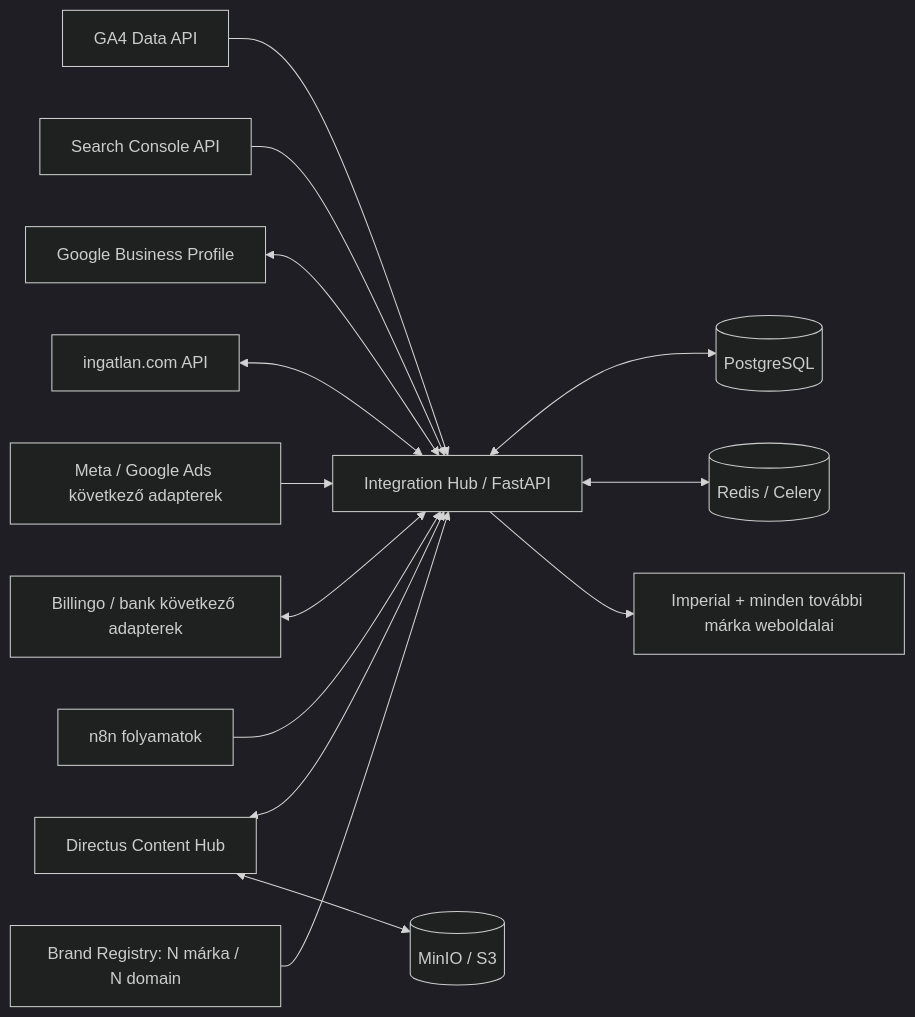
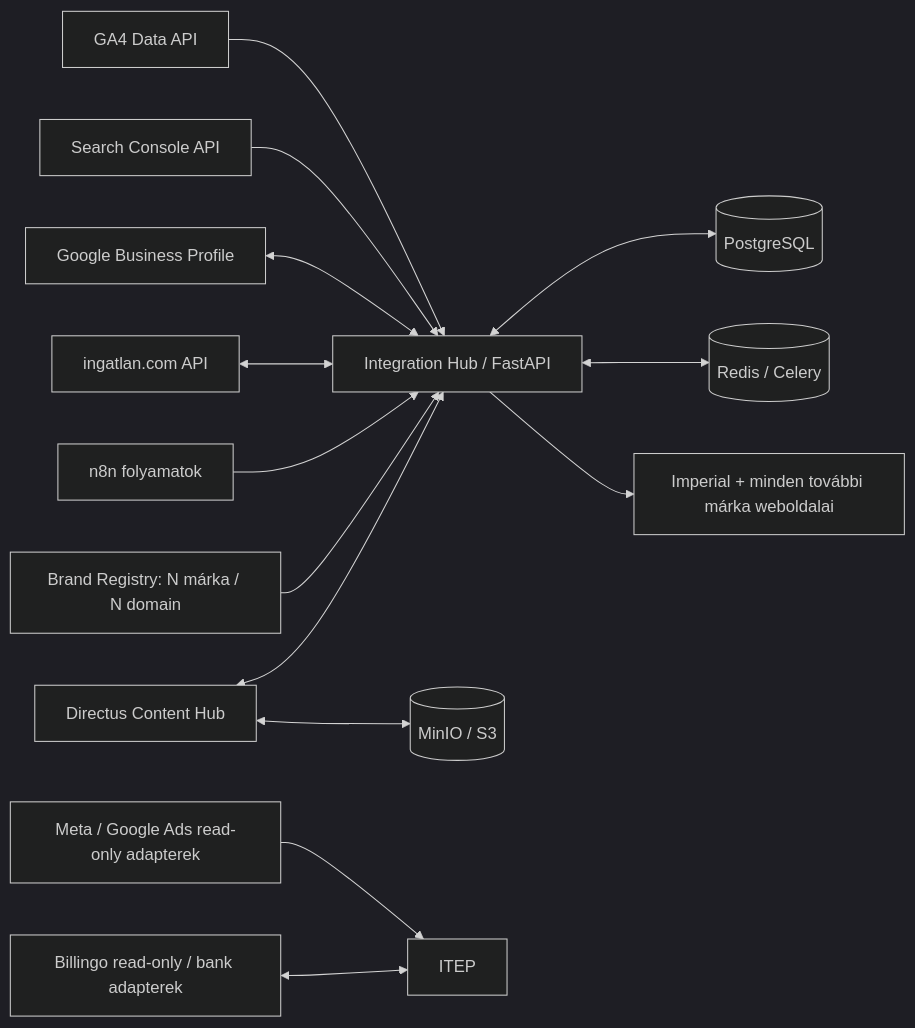
Before and after one commit to rlimperialholding-alt/imperial_web_structure: the first of 2 diagrams in services/operational-guidance/docs/ARCHITECTURE.md, drawn with Mermaid (dark theme). The commit also changed 33 other files, not shown here.

Commit message:
Add read-only Billingo Meta and Google Ads connectors

````diff
--- a/services/operational-guidance/docs/ARCHITECTURE.md
+++ b/services/operational-guidance/docs/ARCHITECTURE.md
@@ -7,17 +7,17 @@
 ```mermaid
 flowchart LR
   GA4[GA4 Data API] --> HUB[Integration Hub / FastAPI]
   GSC[Search Console API] --> HUB
   GBP[Google Business Profile] <--> HUB
   ING[ingatlan.com API] <--> HUB
-  META[Meta / Google Ads következő adapterek] --> HUB
-  BILL[Billingo / bank következő adapterek] <--> HUB
+  META[Meta / Google Ads read-only adapterek] --> ITEP
+  BILL[Billingo read-only / bank adapterek] <--> ITEP
 
   HUB <--> DB[(PostgreSQL)]
   HUB <--> REDIS[(Redis / Celery)]
   CMS[Directus Content Hub] <--> HUB
   N8N[n8n folyamatok] --> HUB
   REG[Brand Registry: N márka / N domain] --> HUB
   HUB --> SITES[Imperial + minden további márka weboldalai]
   CMS <--> S3[(MinIO / S3)]
 ```
````
